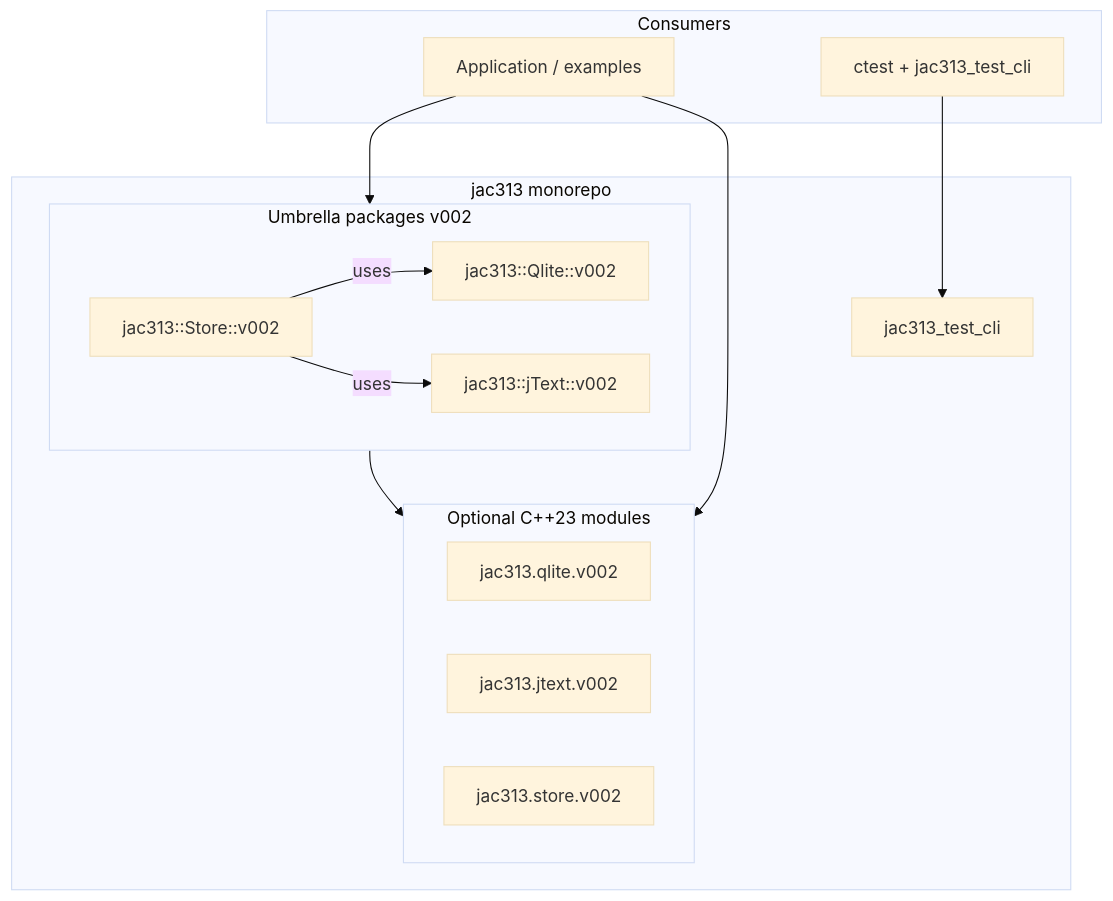
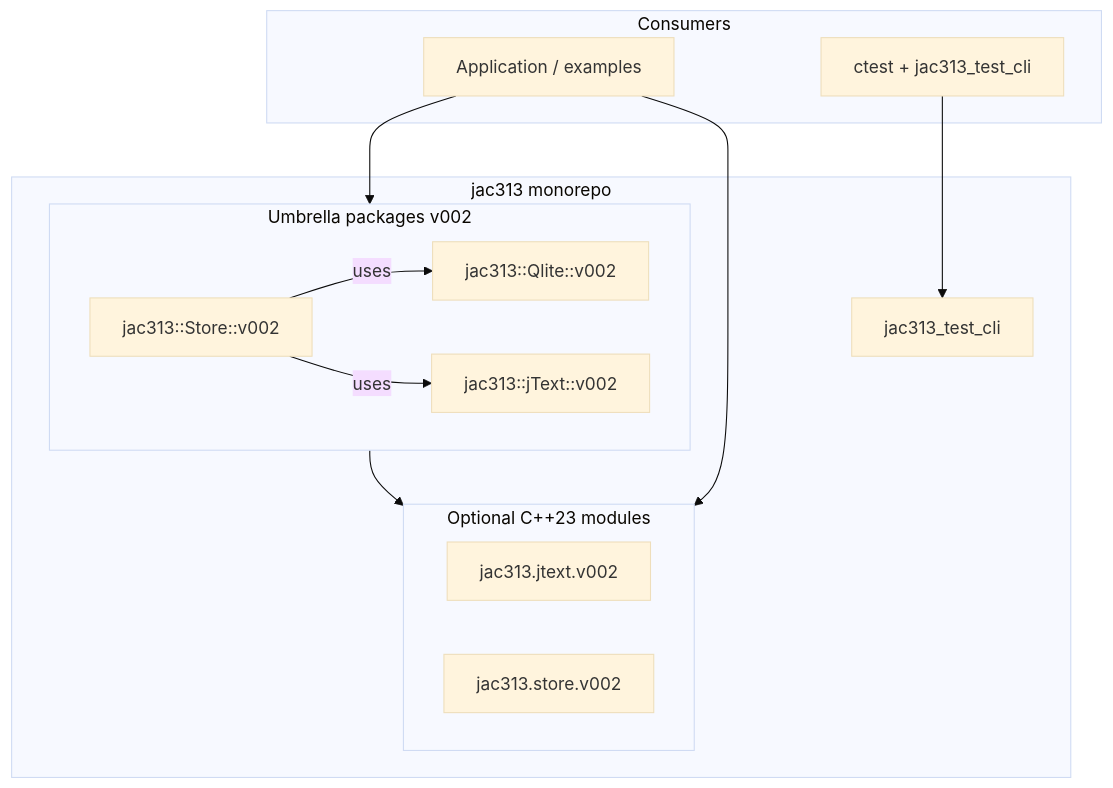
The first of 2 diagrams in v002/docs/Architecture.md (JayACarlsonAtHome/jac313), drawn with Mermaid (base theme) before and after one commit. The commit also changed other lines of this file and 90 other files, not shown here.

First line of the commit message:
Get Qlite through jText; remove jac313's own Qlite; bump Store

````diff
--- a/v002/docs/Architecture.md
+++ b/v002/docs/Architecture.md
@@ -49,26 +49,25 @@
 ```mermaid
 flowchart TB
     subgraph consumers [Consumers]
         APP[Application / examples]
         TEST[ctest + jac313_test_cli]
     end
     subgraph jac313 [jac313 monorepo]
         subgraph umbrellas [Umbrella packages v002]
             QL[jac313::Qlite::v002]
             JT[jac313::jText::v002]
             ST[jac313::Store::v002]
         end
         subgraph modules [Optional C++23 modules]
-            QM[jac313.qlite.v002]
             JM[jac313.jtext.v002]
             SM[jac313.store.v002]
         end
         CLI[jac313_test_cli]
     end
     APP --> umbrellas
     APP --> modules
     TEST --> CLI
     umbrellas --> modules
     ST -->|uses| JT
     ST -->|uses| QL
 ```
````
